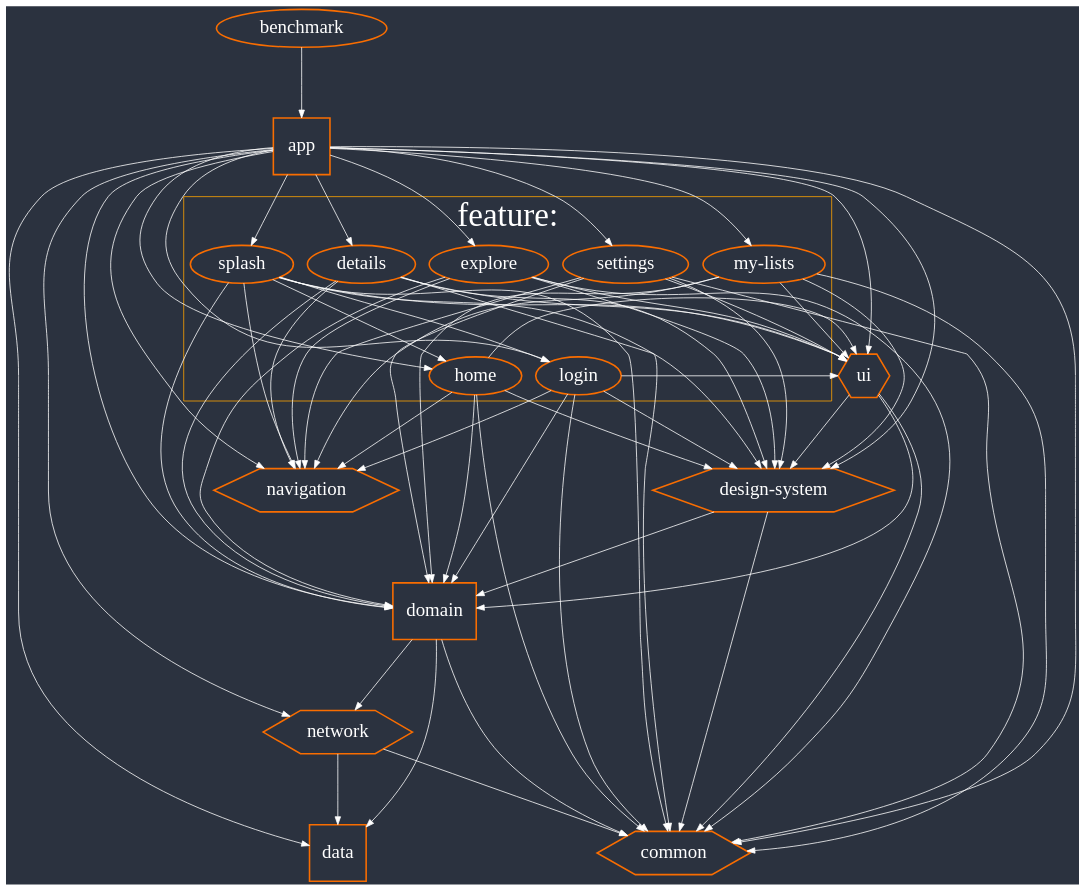
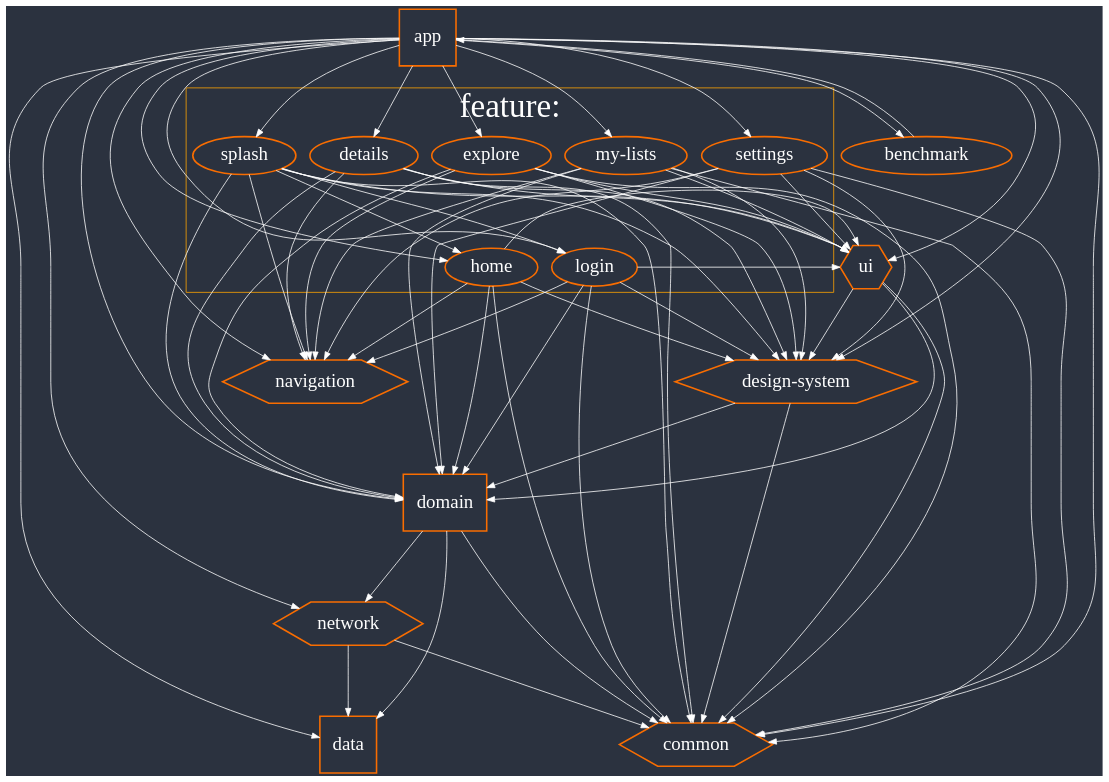
Before and after one commit to enesky/Doodle: the diagram in tools/dependency-graph/project_digraph.dot, drawn with Graphviz. The commit also changed 3 other files, not shown here.

Commit message:
updated: dependency graph with benchmark module

```diff
--- a/tools/dependency-graph/project_digraph.dot
+++ b/tools/dependency-graph/project_digraph.dot
@@ -1,84 +1,85 @@
 digraph {
 
     // General settings
     graph [fontsize=42, ranksep=1.25, bgcolor="#2B323F", fontcolor=white];
     node [style=bold, color="#F96D00", fontsize=24, fontcolor=white];
     edge [color=white];
     rankdir=TB; # Top to bottom
 
     // Main module settings
     "app", "data", "domain" [shape=box, height="1", width="1"];
 
     // Helper module setters
     "common", "design-system", "ui", "network", "navigation" [shape=hexagon];
 
     subgraph cluster_feature {
         label="feature:";
         color=orange;
         "login", "home", "details", "explore", "settings", "my-lists", "splash";
     }
 
     # Dependencies
+    "app" -> "benchmark"
     "app" -> "common"
     "app" -> "data"
     "app" -> "design-system"
     "app" -> "domain"
     "app" -> "network"
     "app" -> "navigation"
     "app" -> "ui"
     "app" -> "login"
     "app" -> "home"
     "app" -> "details"
     "app" -> "explore"
     "app" -> "my-lists"
     "app" -> "settings"
     "app" -> "splash"
+    "benchmark" -> "app"
     "design-system" -> "common"
     "design-system" -> "domain"
     "domain" -> "common"
     "domain" -> "data"
     "domain" -> "network"
     "network" -> "common"
     "network" -> "data"
     "ui" -> "common"
     "ui" -> "domain"
     "ui" -> "design-system"
     "login" -> "domain"
     "login" -> "common"
     "login" -> "design-system"
     "login" -> "navigation"
     "login" -> "ui"
     "home" -> "domain"
     "home" -> "common"
     "home" -> "design-system"
     "home" -> "navigation"
     "home" -> "ui"
     "details" -> "domain"
     "details" -> "common"
     "details" -> "design-system"
     "details" -> "navigation"
     "details" -> "ui"
     "explore" -> "domain"
     "explore" -> "common"
     "explore" -> "design-system"
     "explore" -> "navigation"
     "explore" -> "ui"
     "my-lists" -> "domain"
     "my-lists" -> "common"
     "my-lists" -> "design-system"
     "my-lists" -> "navigation"
     "my-lists" -> "ui"
     "settings" -> "domain"
     "settings" -> "common"
     "settings" -> "design-system"
     "settings" -> "navigation"
     "settings" -> "ui"
     "splash" -> "domain"
     "splash" -> "common"
     "splash" -> "design-system"
     "splash" -> "navigation"
     "splash" -> "ui"
     "splash" -> "home"
     "splash" -> "login"
-    "benchmark" -> "app"
 }
```
